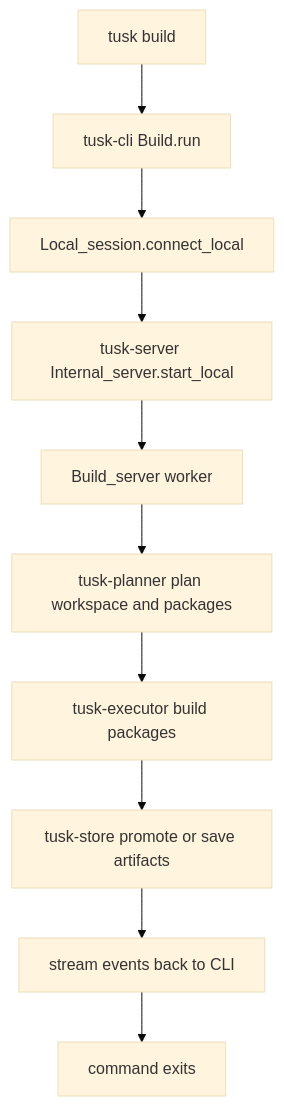
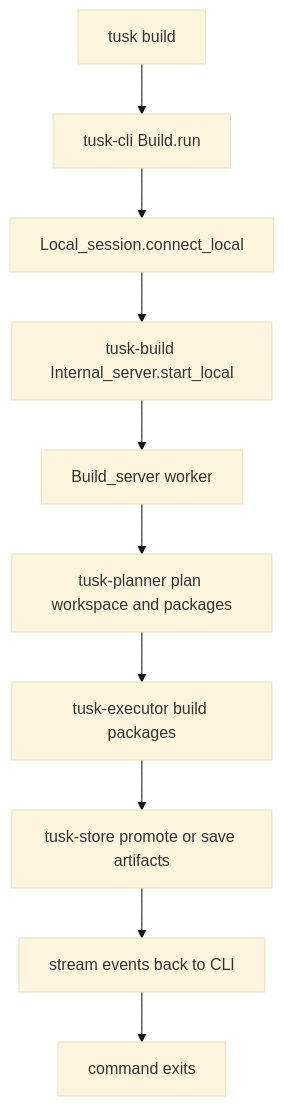
Before and after one commit to leostera/riot-lang: the first of 9 diagrams in docs/rfds/RFD0003-tusk-build-system-snapshot.md, drawn with Mermaid (base theme). The commit also changed other lines of this file and 5 other files, not shown here.

Commit message:
docs(rfds): update code reference to tusk-server -> tusk-build

````diff
--- a/docs/rfds/RFD0003-tusk-build-system-snapshot.md
+++ b/docs/rfds/RFD0003-tusk-build-system-snapshot.md
@@ -59,12 +59,12 @@
 ```mermaid
 flowchart TD
   A[tusk build] --> B[tusk-cli Build.run]
   B --> C[Local_session.connect_local]
-  C --> D[tusk-server Internal_server.start_local]
+  C --> D[tusk-build Internal_server.start_local]
   D --> E[Build_server worker]
   E --> F[tusk-planner plan workspace and packages]
   F --> G[tusk-executor build packages]
   G --> H[tusk-store promote or save artifacts]
   H --> I[stream events back to CLI]
   I --> J[command exits]
 ```
````
